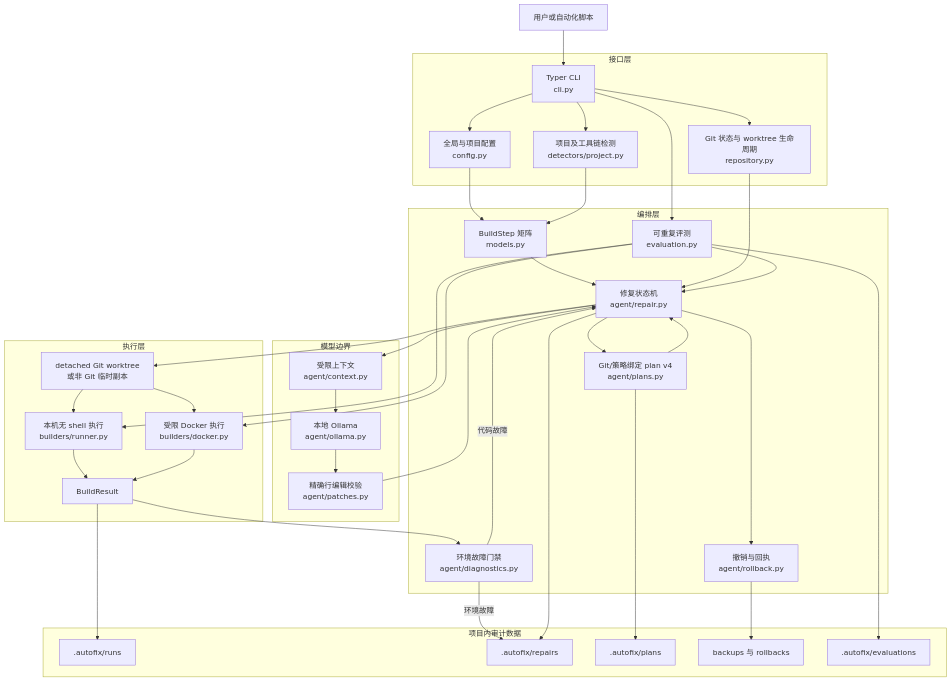
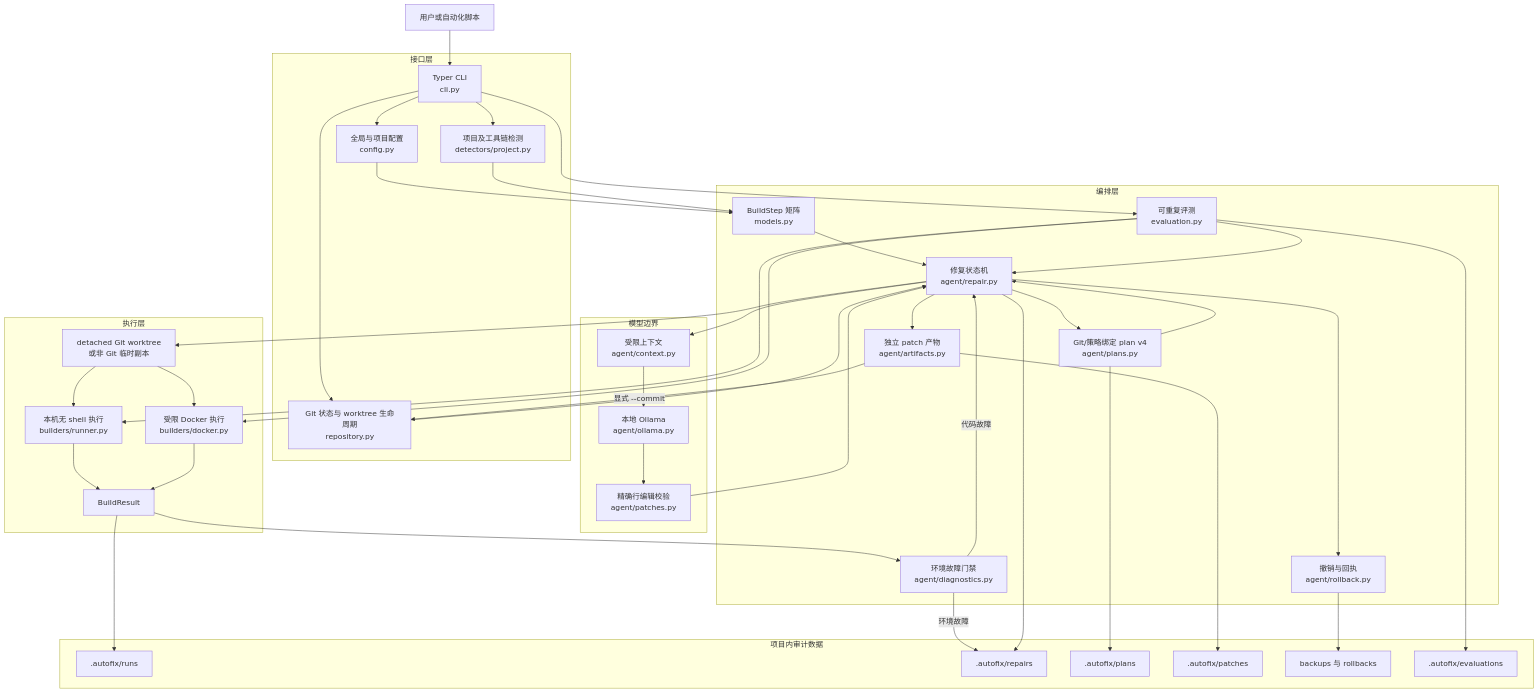
One commit to zhanghl-learner/docker-ollama-autofix changed the first of 8 diagrams in docs/ARCHITECTURE_ZH.md. Above: the diagram before and after it, drawn with Mermaid. The commit also changed other lines of this file and 14 other files, not shown here.

````diff
--- a/docs/ARCHITECTURE_ZH.md
+++ b/docs/ARCHITECTURE_ZH.md
@@ -29,74 +29,79 @@
 ```mermaid
 flowchart TB
     USER[用户或自动化脚本]
 
     subgraph Interface[接口层]
         CLI[Typer CLI<br/>cli.py]
         CONFIG[全局与项目配置<br/>config.py]
         DETECT[项目及工具链检测<br/>detectors/project.py]
         GIT[Git 状态与 worktree 生命周期<br/>repository.py]
     end
 
     subgraph Orchestration[编排层]
         STEPS[BuildStep 矩阵<br/>models.py]
         REPAIR[修复状态机<br/>agent/repair.py]
+        PATCH_ARTIFACT[独立 patch 产物<br/>agent/artifacts.py]
         DIAG[环境故障门禁<br/>agent/diagnostics.py]
         PLAN[Git/策略绑定 plan v4<br/>agent/plans.py]
         ROLLBACK[撤销与回执<br/>agent/rollback.py]
         EVALUATION[可重复评测<br/>evaluation.py]
     end
 
     subgraph Intelligence[模型边界]
         CONTEXT[受限上下文<br/>agent/context.py]
         OLLAMA[本地 Ollama<br/>agent/ollama.py]
         PATCH[精确行编辑校验<br/>agent/patches.py]
     end
 
     subgraph Execution[执行层]
         WORKTREE[detached Git worktree<br/>或非 Git 临时副本]
         LOCAL[本机无 shell 执行<br/>builders/runner.py]
         DOCKER[受限 Docker 执行<br/>builders/docker.py]
         RESULT[BuildResult]
     end
 
     subgraph Artifacts[项目内审计数据]
         RUNS[.autofix/runs]
         REPAIRS[.autofix/repairs]
         PLANS[.autofix/plans]
+        PATCHES[.autofix/patches]
         BACKUPS[backups 与 rollbacks]
         EVALUATIONS[.autofix/evaluations]
     end
 
     USER --> CLI
     CLI --> CONFIG
     CLI --> DETECT
     CLI --> GIT
     CONFIG --> STEPS
     DETECT --> STEPS
     STEPS --> REPAIR
     GIT --> REPAIR
     REPAIR --> WORKTREE
     WORKTREE --> LOCAL
     WORKTREE --> DOCKER
     REPAIR --> CONTEXT
     CONTEXT --> OLLAMA
     OLLAMA --> PATCH
     PATCH --> REPAIR
     LOCAL --> RESULT
     DOCKER --> RESULT
     RESULT --> DIAG
     DIAG -->|代码故障| REPAIR
     DIAG -->|环境故障| REPAIRS
     RESULT --> RUNS
     REPAIR --> REPAIRS
+    REPAIR --> PATCH_ARTIFACT
+    PATCH_ARTIFACT --> PATCHES
+    PATCH_ARTIFACT -->|显式 --commit| GIT
     REPAIR --> PLAN
     PLAN --> PLANS
     PLAN --> REPAIR
     REPAIR --> ROLLBACK
     ROLLBACK --> BACKUPS
     CLI --> EVALUATION
     EVALUATION --> LOCAL
     EVALUATION --> DOCKER
     EVALUATION --> REPAIR
     EVALUATION --> EVALUATIONS
 ```
````
